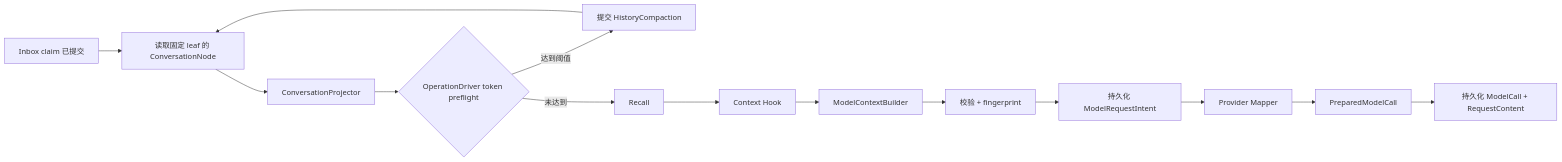
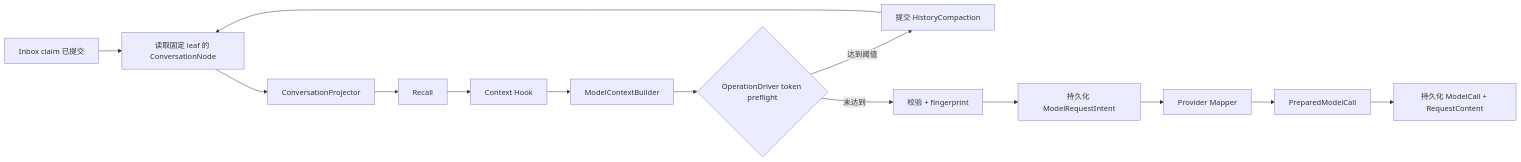
One commit to xiesunsun/MyOpenClaw changed diagram 47 of 56 in docs/upgrade/2026-08-24-runtime-entity-decisions.md. Above: the diagram before and after it, drawn with Mermaid. The commit also changed other lines of this file and 35 other files, not shown here.

````diff
--- a/docs/upgrade/2026-08-24-runtime-entity-decisions.md
+++ b/docs/upgrade/2026-08-24-runtime-entity-decisions.md
@@ -3237,16 +3250,16 @@
 ```mermaid
 flowchart LR
     CL[Inbox claim 已提交] --> N[读取固定 leaf 的 ConversationNode]
     N --> CP[ConversationProjector]
-    CP --> Q{OperationDriver token preflight}
+    CP --> R[Recall]
+    R --> H[Context Hook]
+    H --> B[ModelContextBuilder]
+    B --> Q{OperationDriver token preflight}
     Q -->|达到阈值| HC[提交 HistoryCompaction]
     HC --> N
-    Q -->|未达到| R[Recall]
-    R --> H[Context Hook]
-    H --> B[ModelContextBuilder]
-    B --> V[校验 + fingerprint]
+    Q -->|未达到| V[校验 + fingerprint]
     V --> I[持久化 ModelRequestIntent]
     I --> P[Provider Mapper]
     P --> C[PreparedModelCall]
     C --> M[持久化 ModelCall + RequestContent]
 ```
````
